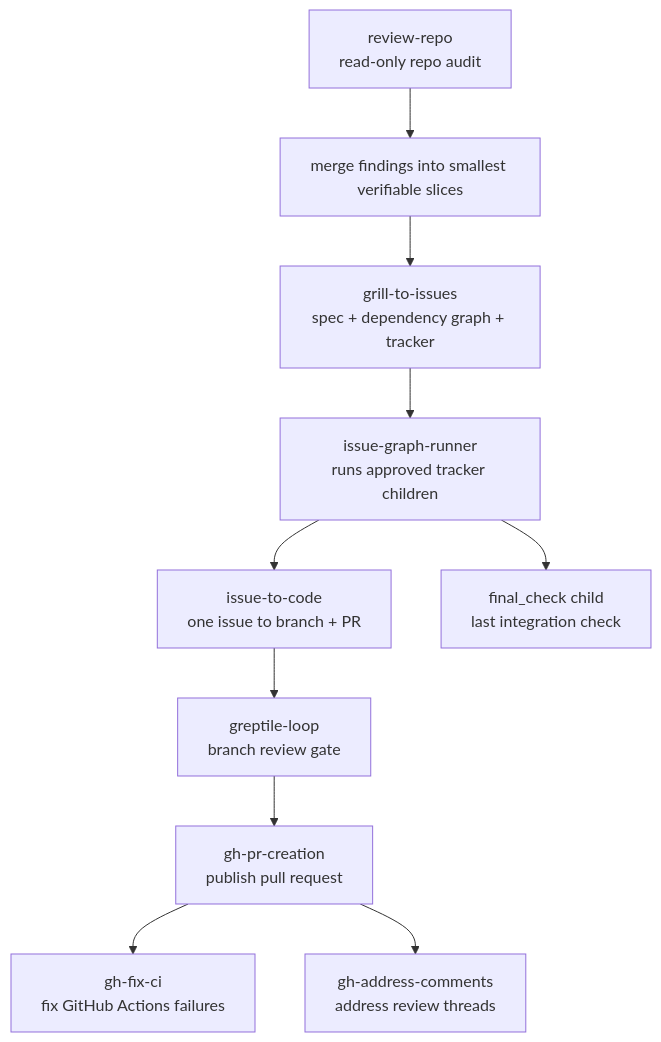
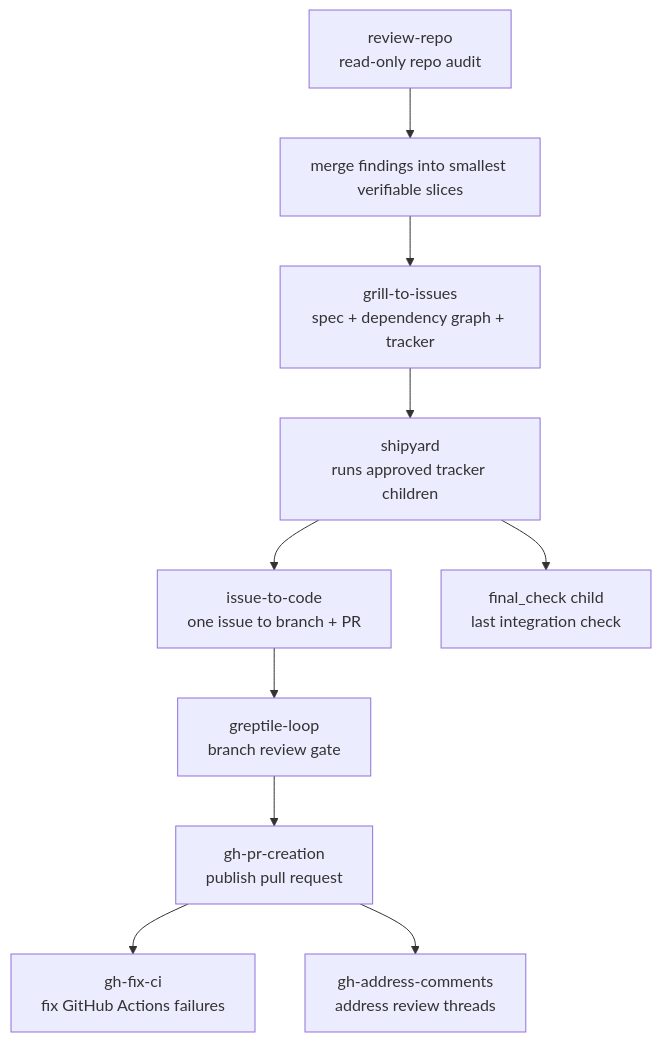
Before and after one commit to HenryQW/skills: the first of 5 diagrams in README.md, drawn with Mermaid. The commit also changed other lines of this file and 3 other files, not shown here.

Commit message:
chore(skills): rename issue graph runner to shipyard

````diff
--- a/README.md
+++ b/README.md
@@ -27,22 +27,22 @@
 ```mermaid
 flowchart TD
   review["review-repo<br/>read-only repo audit"]
   grill["grill-to-issues<br/>spec + dependency graph + tracker"]
-  runner["issue-graph-runner<br/>runs approved tracker children"]
+  runner["shipyard<br/>runs approved tracker children"]
   issue["issue-to-code<br/>one issue to branch + PR"]
   greptile["greptile-loop<br/>branch review gate"]
   pr["gh-pr-creation<br/>publish pull request"]
   ci["gh-fix-ci<br/>fix GitHub Actions failures"]
   comments["gh-address-comments<br/>address review threads"]
   final["final_check child<br/>last integration check"]
 
   review --> reduce["merge findings into smallest verifiable slices"]
   reduce --> grill
   grill --> runner
   runner --> issue
   issue --> greptile
   greptile --> pr
   pr --> ci
   pr --> comments
   runner --> final
 ```
````
